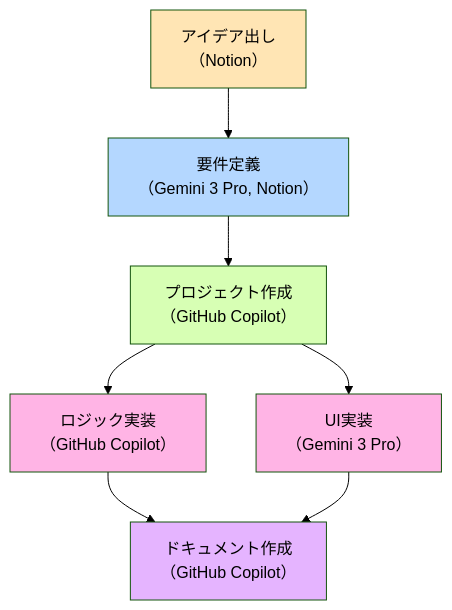
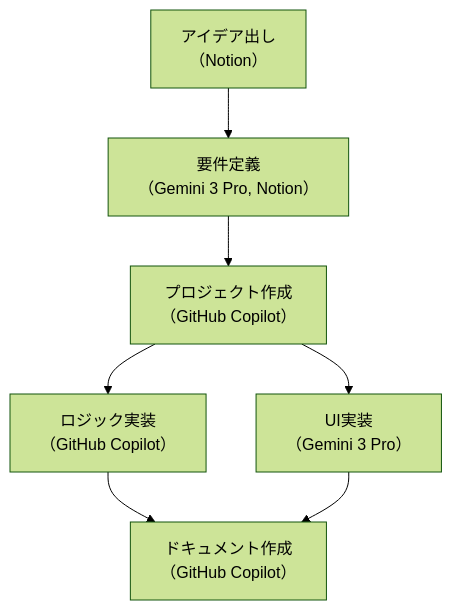
The second of 3 diagrams in README.md (razy6174/EnCounter), drawn with Mermaid (forest theme) before and after one commit. The commit also changed other lines of this file and 1 other file, not shown here.

Commit message:
docs: 不要なスタイルを削除し、フローチャートの可読性を向上

````diff
--- a/README.md
+++ b/README.md
@@ -278,16 +278,9 @@
 ```mermaid
 flowchart TD
     A["アイデア出し<br/>（Notion）"] --> B["要件定義<br/>（Gemini 3 Pro, Notion）"]
     B --> C["プロジェクト作成<br/>（GitHub Copilot）"]
     C --> D["ロジック実装<br/>（GitHub Copilot）"]
     C --> E["UI実装<br/>（Gemini 3 Pro）"]
     D --> F["ドキュメント作成<br/>（GitHub Copilot）"]
     E --> F
-    
-    style A fill:#FFE5B4
-    style B fill:#B4D7FF
-    style C fill:#D7FFB4
-    style D fill:#FFB4E5
-    style E fill:#FFB4E5
-    style F fill:#E5B4FF
 ```
````
